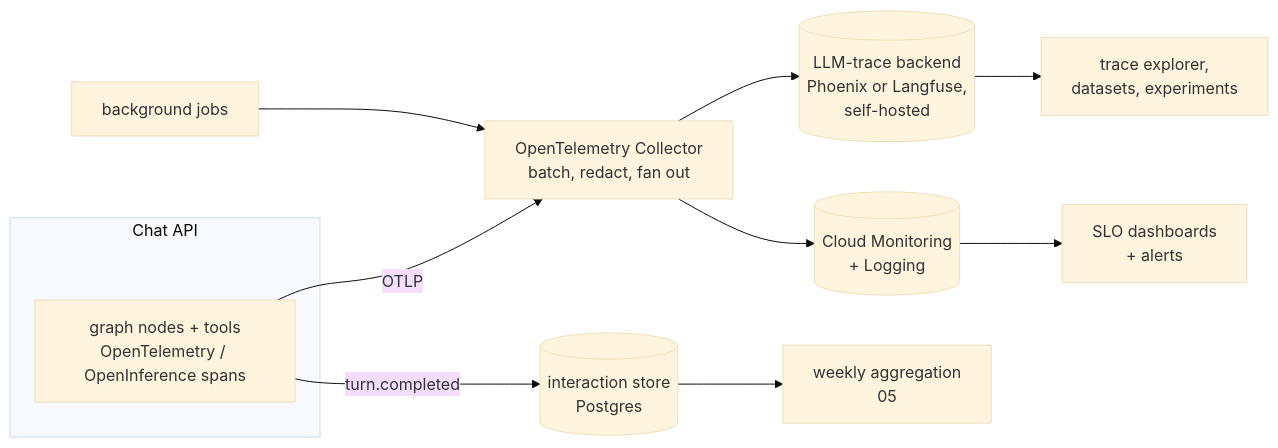
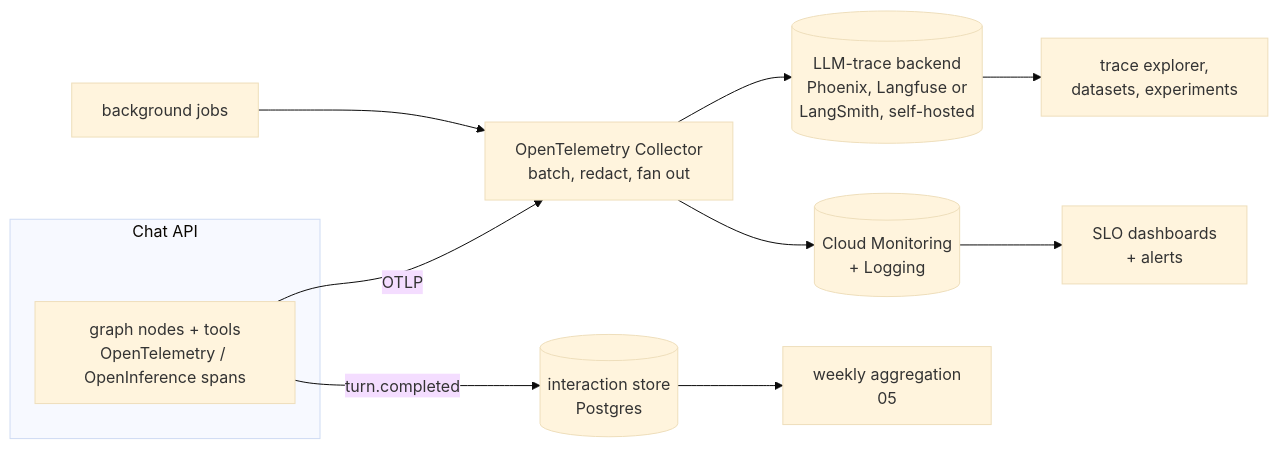
The first of 2 diagrams in docs/hld/08-observability.md (sternyishai/opsfleet-test), drawn with Mermaid (base theme) before and after one commit. The commit also changed other lines of this file, not shown here.

````diff
--- a/docs/hld/08-observability.md
+++ b/docs/hld/08-observability.md
@@ -16,14 +16,14 @@
 ```mermaid
 flowchart LR
     subgraph API [Chat API]
         N[graph nodes + tools<br/>OpenTelemetry / OpenInference spans]
     end
     J[background jobs] --> COL
     N -- OTLP --> COL[OpenTelemetry Collector<br/>batch, redact, fan out]
-    COL --> LT[(LLM-trace backend<br/>Phoenix or Langfuse,<br/>self-hosted)]
+    COL --> LT[(LLM-trace backend<br/>Phoenix, Langfuse or<br/>LangSmith, self-hosted)]
     COL --> CM[(Cloud Monitoring<br/>+ Logging)]
     N -- turn.completed --> IS[(interaction store<br/>Postgres)]
     LT --> D[trace explorer,<br/>datasets, experiments]
     CM --> A[SLO dashboards<br/>+ alerts]
     IS --> W[weekly aggregation<br/>05]
 ```
````
